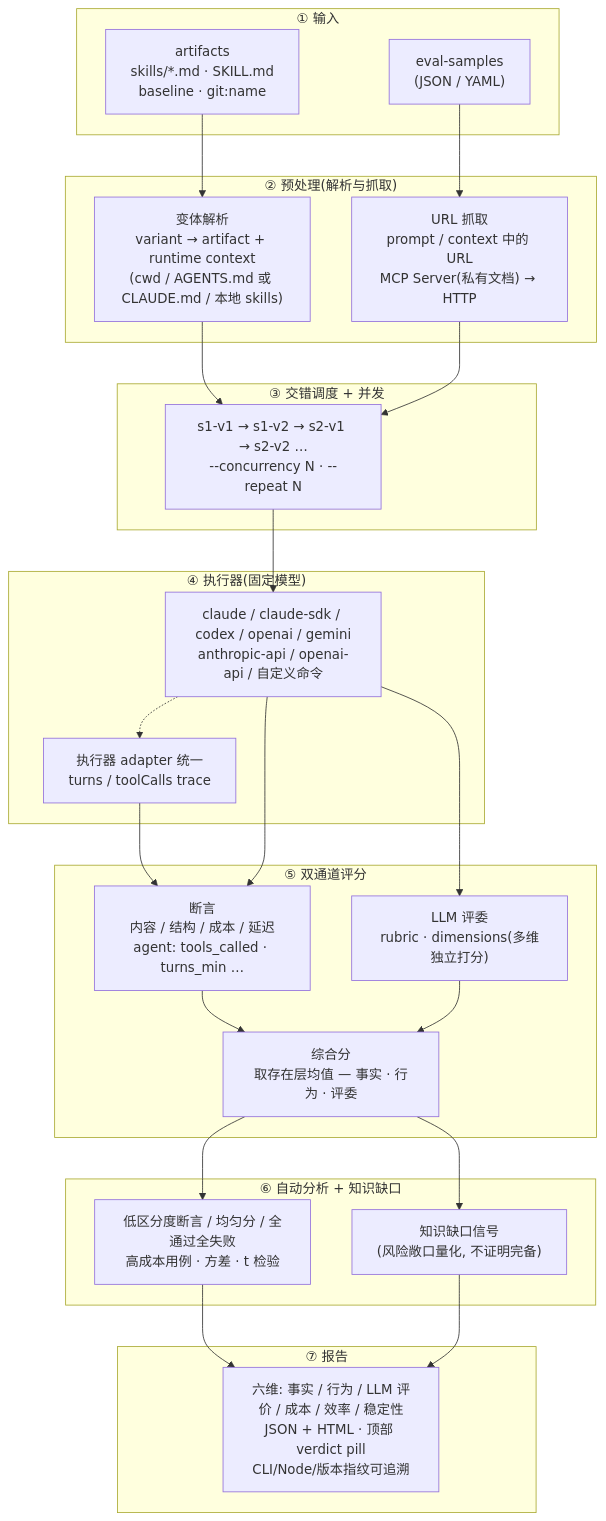
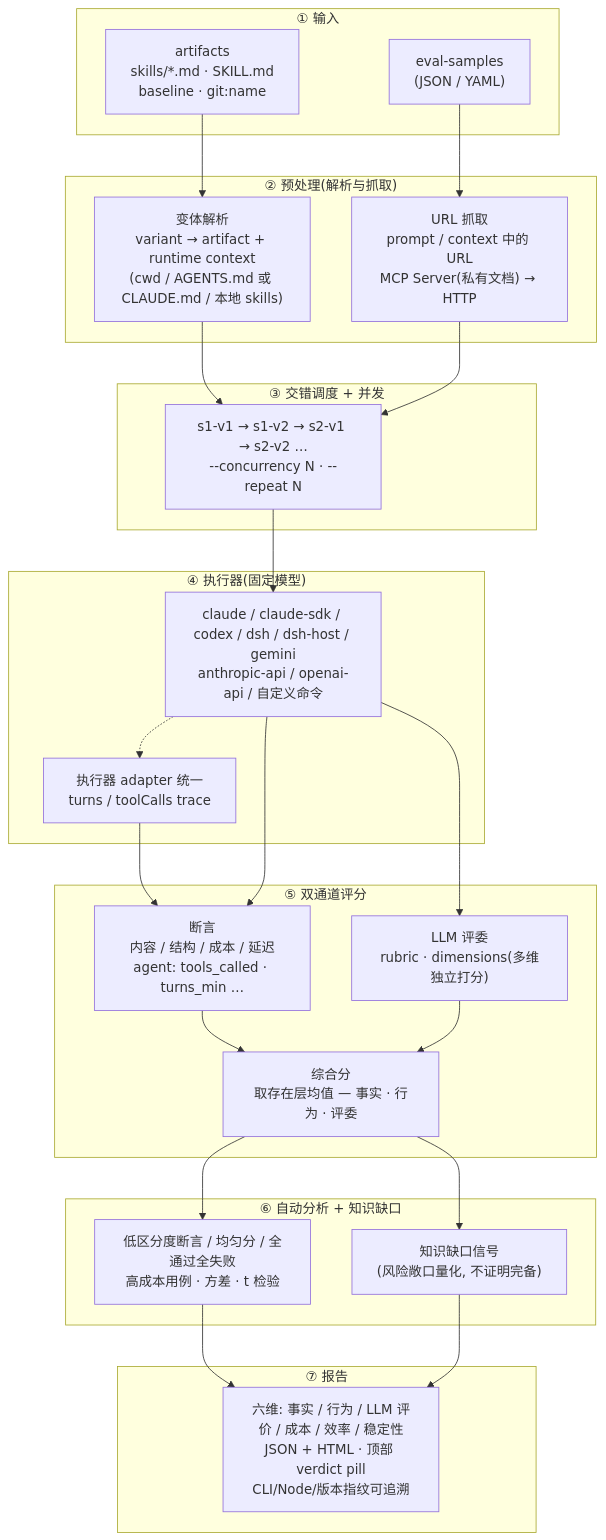
The first of 2 diagrams in docs/zh/explanation/architecture.md (lizhiyao/oh-my-knowledge), drawn with Mermaid before and after one commit. The commit also changed other lines of this file and 34 other files, not shown here.

````diff
--- a/docs/zh/explanation/architecture.md
+++ b/docs/zh/explanation/architecture.md
@@ -5,52 +5,52 @@
 ```mermaid
 flowchart TD
     subgraph Input["① 输入"]
         S["eval-samples<br/>(JSON / YAML)"]
         A["artifacts<br/>skills/*.md · SKILL.md<br/>baseline · git:name"]
     end
 
     subgraph Prep["② 预处理(解析与抓取)"]
         V["变体解析<br/>variant → artifact + runtime context<br/>(cwd / AGENTS.md 或 CLAUDE.md / 本地 skills)"]
         U["URL 抓取<br/>prompt / context 中的 URL<br/>MCP Server(私有文档) → HTTP"]
     end
 
     subgraph Schedule["③ 交错调度 + 并发"]
         Q["s1-v1 → s1-v2 → s2-v1 → s2-v2 …<br/>--concurrency N · --repeat N"]
     end
 
     subgraph Exec["④ 执行器(固定模型)"]
-        E["claude / claude-sdk / codex / openai / gemini<br/>anthropic-api / openai-api / 自定义命令"]
+        E["claude / claude-sdk / codex / dsh / dsh-host / gemini<br/>anthropic-api / openai-api / 自定义命令"]
         T["执行器 adapter 统一<br/>turns / toolCalls trace"]
         E -.-> T
     end
 
     subgraph Score["⑤ 双通道评分"]
         AS["断言<br/>内容 / 结构 / 成本 / 延迟<br/>agent: tools_called · turns_min …"]
         LS["LLM 评委<br/>rubric · dimensions(多维独立打分)"]
         CS["综合分<br/>取存在层均值 — 事实 · 行为 · 评委"]
         AS --> CS
         LS --> CS
     end
 
     subgraph Analyze["⑥ 自动分析 + 知识缺口"]
         D["低区分度断言 / 均匀分 / 全通过全失败<br/>高成本用例 · 方差 · t 检验"]
         G["知识缺口信号<br/>(风险敞口量化, 不证明完备)"]
     end
 
     subgraph Report["⑦ 报告"]
         R["六维: 事实 / 行为 / LLM 评价 / 成本 / 效率 / 稳定性<br/>JSON + HTML · 顶部 verdict pill<br/>CLI/Node/版本指纹可追溯"]
     end
 
     S --> U
     A --> V
     V --> Q
     U --> Q
     Q --> E
     T --> AS
     E --> AS
     E --> LS
     CS --> D
     CS --> G
     D --> R
     G --> R
 ```
````
